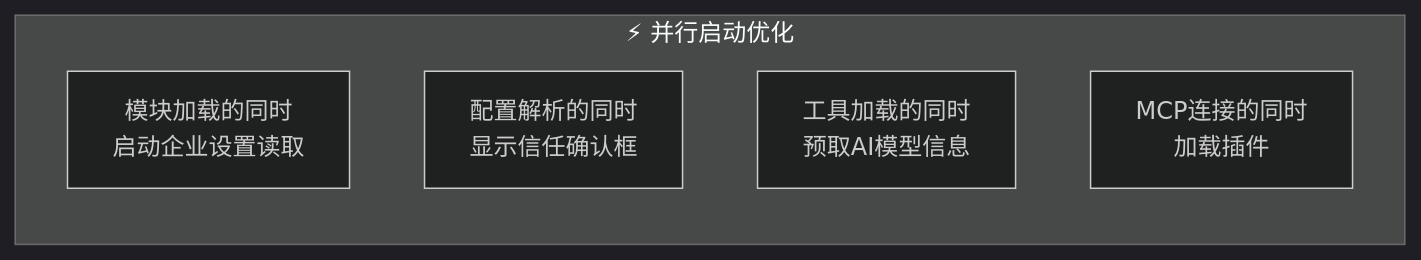
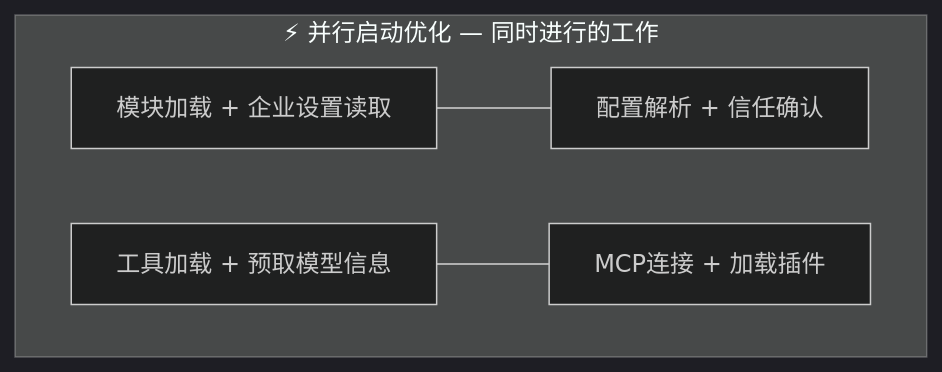
Before and after one commit to WSbaikaishui/claude-code-source-code: diagram 25 of 25 in docs/architecture/00-visual-guide-complete.md, drawn with Mermaid (dark theme). The commit also changed other lines of this file and 73 other files, not shown here.

First line of the commit message:
Fix all Mermaid diagrams: restore semantics + fix dimensions

````diff
--- a/docs/architecture/00-visual-guide-complete.md
+++ b/docs/architecture/00-visual-guide-complete.md
@@ -745,9 +661,7 @@
 ```mermaid
-graph LR
-    subgraph PARALLEL["⚡ 并行启动优化"]
-        PA1["模块加载的同时<br/>启动企业设置读取"]
-        PA2["配置解析的同时<br/>显示信任确认框"]
-        PA3["工具加载的同时<br/>预取AI模型信息"]
-        PA4["MCP连接的同时<br/>加载插件"]
+graph TD
+    subgraph PARALLEL["⚡ 并行启动优化 — 同时进行的工作"]
+        PA1["模块加载 + 企业设置读取"] --- PA2["配置解析 + 信任确认"]
+        PA3["工具加载 + 预取模型信息"] --- PA4["MCP连接 + 加载插件"]
     end
 ```
````
